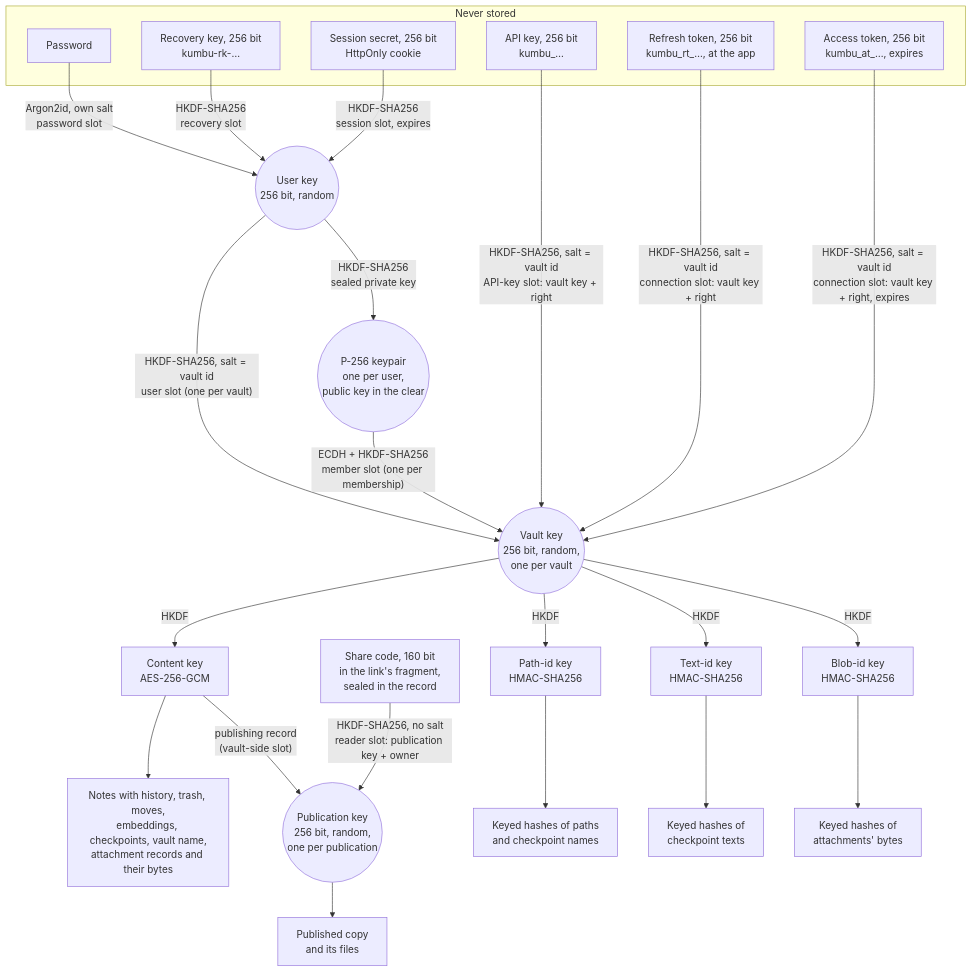
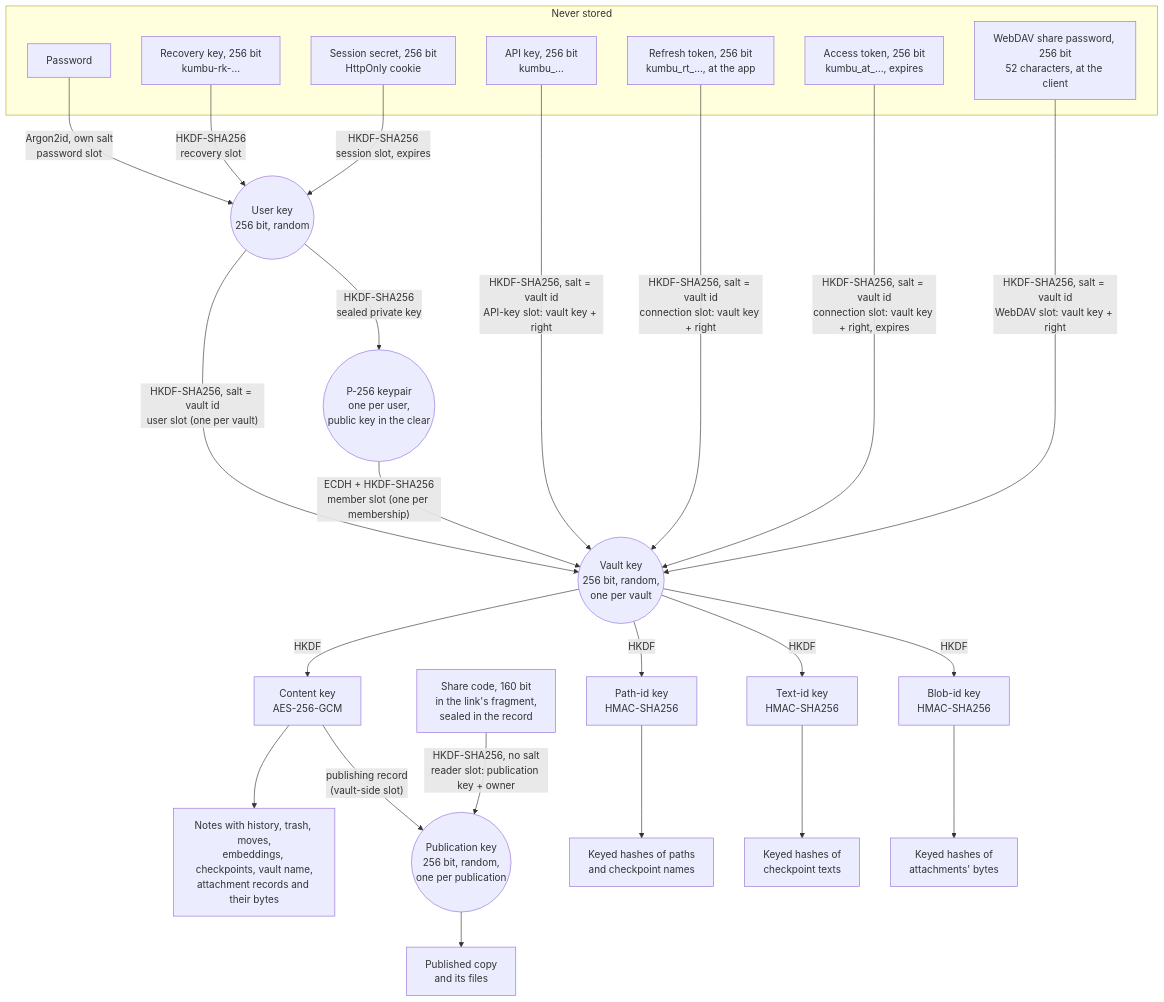
One commit to SCAI-NGO/kumbukumbu changed the first of 3 diagrams in docs/security-architecture.md. Above: the diagram before and after it, drawn with Mermaid. The commit also changed other lines of this file and 3 other files, not shown here.

First line of the commit message:
Document WebDAV shares and the storage quota

````diff
--- a/docs/security-architecture.md
+++ b/docs/security-architecture.md
@@ -86,36 +88,38 @@
 ```mermaid
 flowchart TB
   subgraph held["Never stored"]
     PW["Password"]
     RK["Recovery key, 256 bit<br/>kumbu-rk-…"]
     SC["Session secret, 256 bit<br/>HttpOnly cookie"]
     AK["API key, 256 bit<br/>kumbu_…"]
     RT["Refresh token, 256 bit<br/>kumbu_rt_…, at the app"]
     AT["Access token, 256 bit<br/>kumbu_at_…, expires"]
+    DP["WebDAV share password, 256 bit<br/>52 characters, at the client"]
   end
 
   UK(("User key<br/>256 bit, random"))
   VK(("Vault key<br/>256 bit, random,<br/>one per vault"))
 
   PW -- "Argon2id, own salt<br/>password slot" --> UK
   RK -- "HKDF-SHA256<br/>recovery slot" --> UK
   SC -- "HKDF-SHA256<br/>session slot, expires" --> UK
   UK -- "HKDF-SHA256, salt = vault id<br/>user slot (one per vault)" --> VK
   UK -- "HKDF-SHA256<br/>sealed private key" --> PRIV(("P-256 keypair<br/>one per user,<br/>public key in the clear"))
   PRIV -- "ECDH + HKDF-SHA256<br/>member slot (one per membership)" --> VK
   AK -- "HKDF-SHA256, salt = vault id<br/>API-key slot: vault key + right" --> VK
   RT -- "HKDF-SHA256, salt = vault id<br/>connection slot: vault key + right" --> VK
   AT -- "HKDF-SHA256, salt = vault id<br/>connection slot: vault key + right, expires" --> VK
+  DP -- "HKDF-SHA256, salt = vault id<br/>WebDAV slot: vault key + right" --> VK
 
   VK -- HKDF --> CK["Content key<br/>AES-256-GCM"]
   VK -- HKDF --> PK["Path-id key<br/>HMAC-SHA256"]
   VK -- HKDF --> TK["Text-id key<br/>HMAC-SHA256"]
   VK -- HKDF --> BK["Blob-id key<br/>HMAC-SHA256"]
   CK --> DATA["Notes with history, trash, moves,<br/>embeddings, checkpoints, vault name,<br/>attachment records and their bytes"]
   CK -- "publishing record<br/>(vault-side slot)" --> PUBK(("Publication key<br/>256 bit, random,<br/>one per publication"))
   CODE["Share code, 160 bit<br/>in the link's fragment,<br/>sealed in the record"] -- "HKDF-SHA256, no salt<br/>reader slot: publication key + owner" --> PUBK
   PUBK --> COPY["Published copy<br/>and its files"]
   PK --> IDS["Keyed hashes of paths<br/>and checkpoint names"]
   TK --> TXT["Keyed hashes of<br/>checkpoint texts"]
   BK --> BID["Keyed hashes of<br/>attachments' bytes"]
 ```
````
